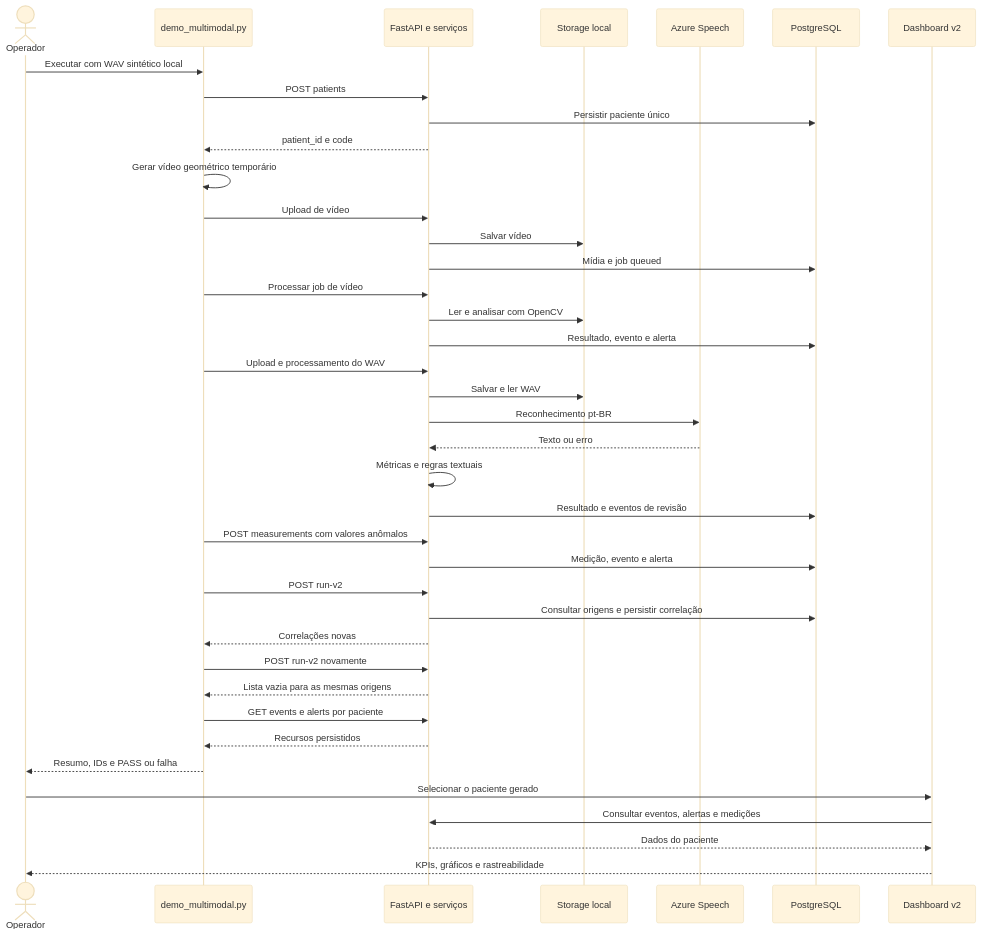
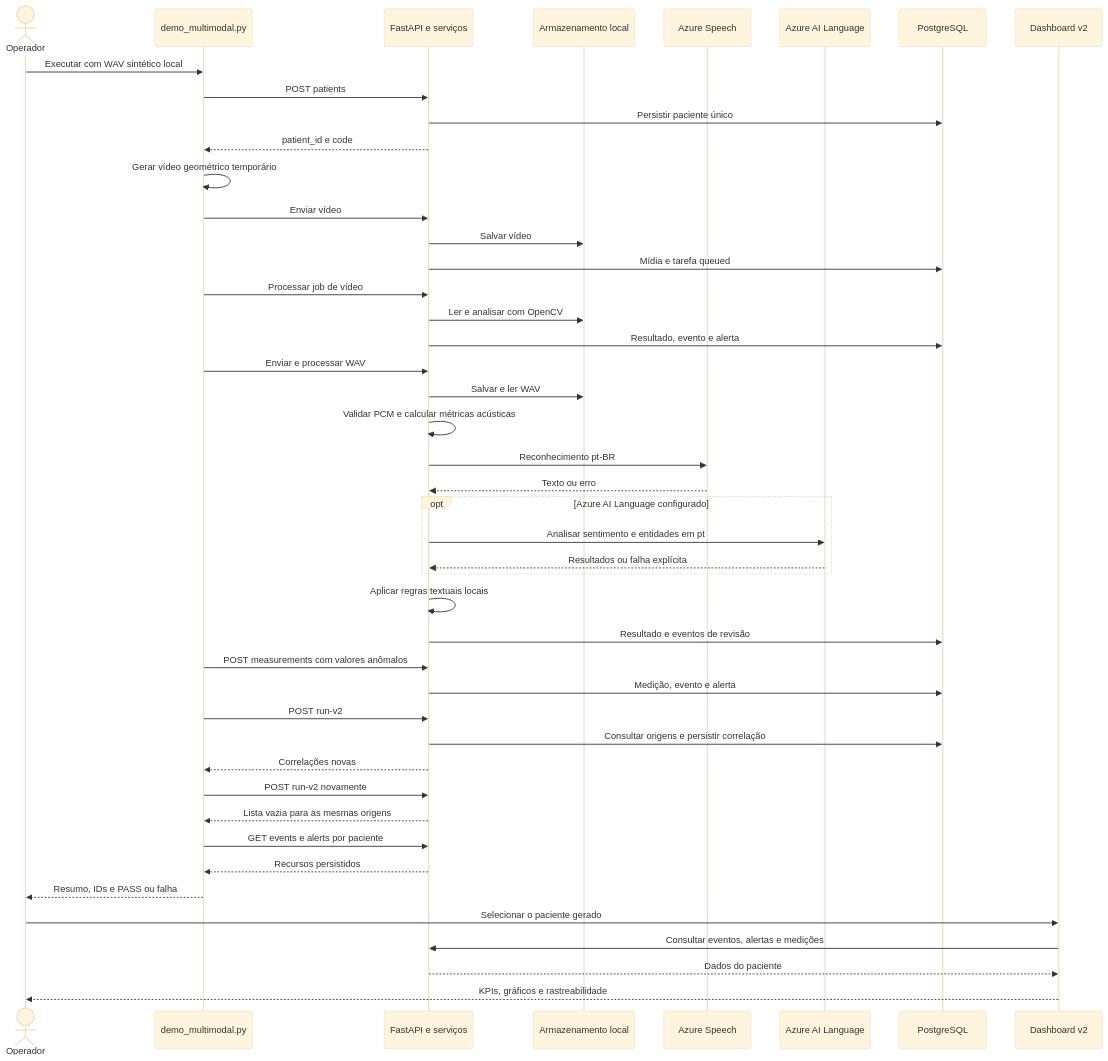
The eighth of 10 diagrams in docs/DIAGRAMS.md (mo1sess/tech-challenge-fiap-fase-4), drawn with Mermaid (base theme) before and after one commit. The commit also changed other lines of this file and 61 other files, not shown here.

````diff
--- a/docs/DIAGRAMS.md
+++ b/docs/DIAGRAMS.md
@@ -210,41 +224,47 @@
 ```mermaid
 sequenceDiagram
     actor Operador
     participant Script as demo_multimodal.py
     participant API as FastAPI e serviços
-    participant Disco as Storage local
+    participant Disco as Armazenamento local
     participant Azure as Azure Speech
+    participant Language as Azure AI Language
     participant DB as PostgreSQL
     participant UI as Dashboard v2
     Operador->>Script: Executar com WAV sintético local
     Script->>API: POST patients
     API->>DB: Persistir paciente único
     API-->>Script: patient_id e code
     Script->>Script: Gerar vídeo geométrico temporário
-    Script->>API: Upload de vídeo
+    Script->>API: Enviar vídeo
     API->>Disco: Salvar vídeo
-    API->>DB: Mídia e job queued
+    API->>DB: Mídia e tarefa queued
     Script->>API: Processar job de vídeo
     API->>Disco: Ler e analisar com OpenCV
     API->>DB: Resultado, evento e alerta
-    Script->>API: Upload e processamento do WAV
+    Script->>API: Enviar e processar WAV
     API->>Disco: Salvar e ler WAV
+    API->>API: Validar PCM e calcular métricas acústicas
     API->>Azure: Reconhecimento pt-BR
     Azure-->>API: Texto ou erro
-    API->>API: Métricas e regras textuais
+    opt Azure AI Language configurado
+        API->>Language: Analisar sentimento e entidades em pt
+        Language-->>API: Resultados ou falha explícita
+    end
+    API->>API: Aplicar regras textuais locais
     API->>DB: Resultado e eventos de revisão
     Script->>API: POST measurements com valores anômalos
     API->>DB: Medição, evento e alerta
     Script->>API: POST run-v2
     API->>DB: Consultar origens e persistir correlação
     API-->>Script: Correlações novas
     Script->>API: POST run-v2 novamente
     API-->>Script: Lista vazia para as mesmas origens
     Script->>API: GET events e alerts por paciente
     API-->>Script: Recursos persistidos
     Script-->>Operador: Resumo, IDs e PASS ou falha
     Operador->>UI: Selecionar o paciente gerado
     UI->>API: Consultar eventos, alertas e medições
     API-->>UI: Dados do paciente
     UI-->>Operador: KPIs, gráficos e rastreabilidade
 ```
````
